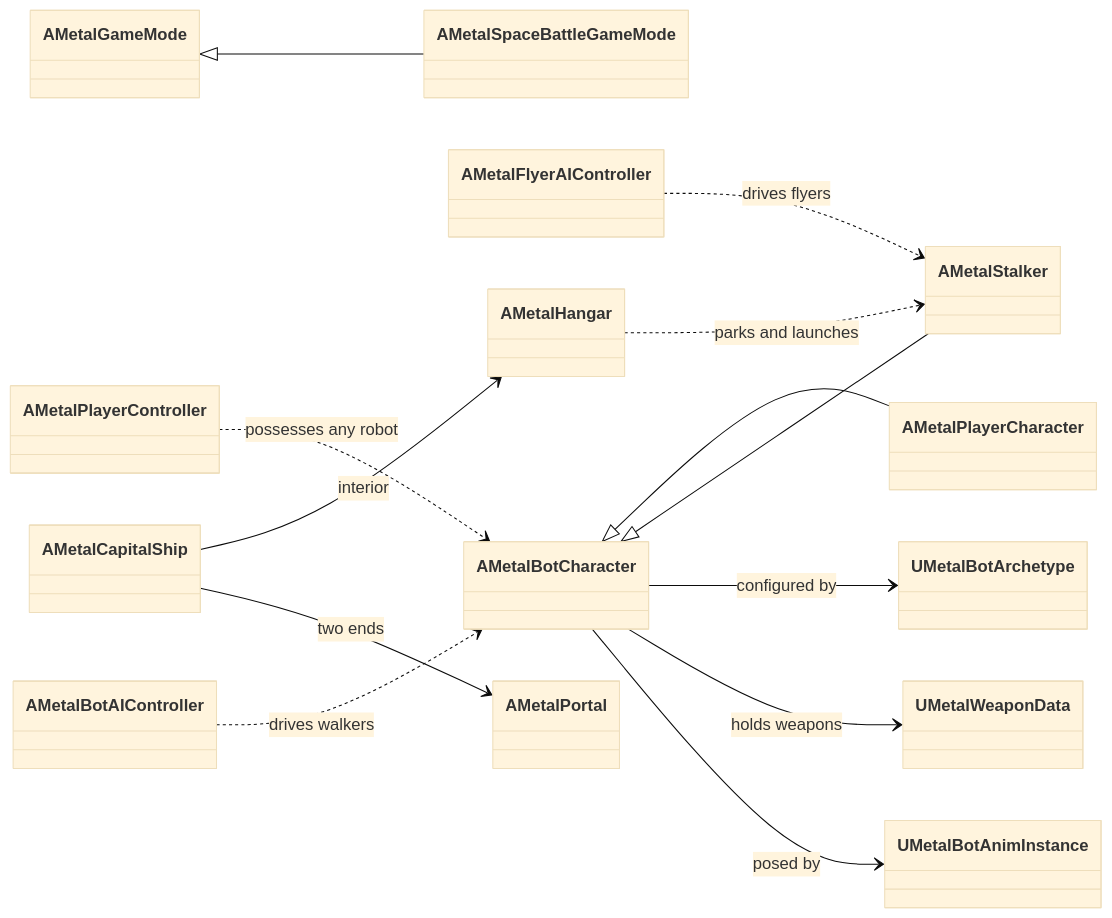
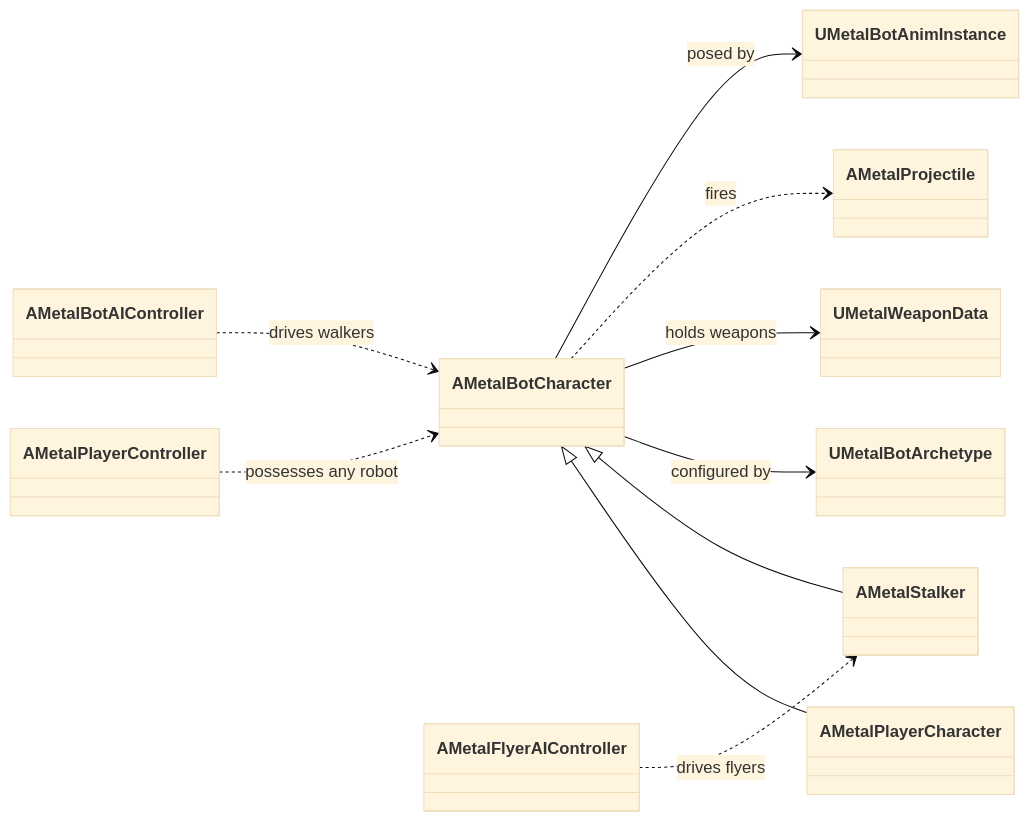
Before and after one commit to lcosti20/Metalization: the first of 2 diagrams in Docs/Architecture.md, drawn with Mermaid (base theme). The commit also changed other lines of this file and 36 other files, not shown here.

First line of the commit message:
Document every gameplay declaration and refresh the architecture docs

````diff
--- a/Docs/Architecture.md
+++ b/Docs/Architecture.md
@@ -36,31 +53,24 @@
 ```mermaid
 classDiagram
     direction LR
     class AMetalBotCharacter
     class AMetalPlayerCharacter
     class AMetalStalker
     class UMetalBotArchetype
     class UMetalWeaponData
+    class AMetalProjectile
     class UMetalBotAnimInstance
     class AMetalPlayerController
     class AMetalBotAIController
     class AMetalFlyerAIController
-    class AMetalGameMode
-    class AMetalSpaceBattleGameMode
-    class AMetalCapitalShip
-    class AMetalHangar
-    class AMetalPortal
 
     AMetalBotCharacter <|-- AMetalPlayerCharacter
     AMetalBotCharacter <|-- AMetalStalker
-    AMetalGameMode <|-- AMetalSpaceBattleGameMode
     AMetalBotCharacter --> UMetalBotArchetype : configured by
     AMetalBotCharacter --> UMetalWeaponData : holds weapons
+    AMetalBotCharacter ..> AMetalProjectile : fires
     AMetalBotCharacter --> UMetalBotAnimInstance : posed by
     AMetalPlayerController ..> AMetalBotCharacter : possesses any robot
     AMetalBotAIController ..> AMetalBotCharacter : drives walkers
     AMetalFlyerAIController ..> AMetalStalker : drives flyers
-    AMetalCapitalShip --> AMetalHangar : interior
-    AMetalCapitalShip --> AMetalPortal : two ends
-    AMetalHangar ..> AMetalStalker : parks and launches
 ```
````
